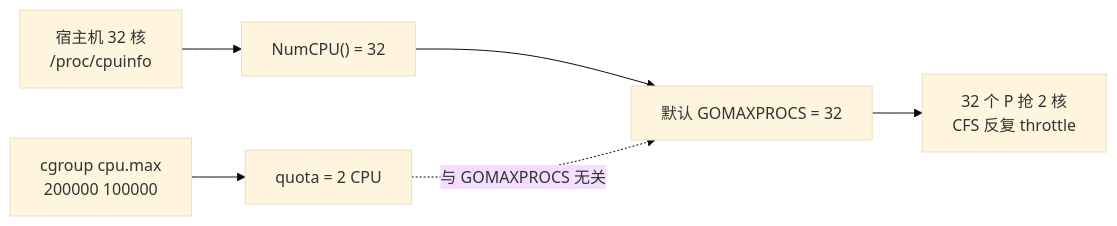
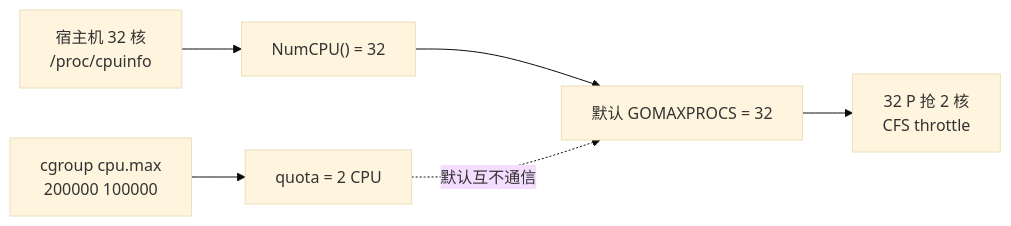
Before and after one commit to ml-cuizijun/LearnToLilith: the third of 6 diagrams in 05-开发能力/03-Go/12-GOMAXPROCS与容器cgroup/知识点.md, drawn with Mermaid (base theme). The commit also changed other lines of this file and 178 other files, not shown here.

````diff
--- a/05-开发能力/03-Go/12-GOMAXPROCS与容器cgroup/知识点.md
+++ b/05-开发能力/03-Go/12-GOMAXPROCS与容器cgroup/知识点.md
@@ -236,8 +248,8 @@
 ```mermaid
 flowchart LR
     HOST["宿主机 32 核<br/>/proc/cpuinfo"] --> NC["NumCPU() = 32"]
     NC --> DEF["默认 GOMAXPROCS = 32"]
     CG["cgroup cpu.max<br/>200000 100000"] --> QUOTA["quota = 2 CPU"]
-    QUOTA -.->|"与 GOMAXPROCS 无关"| DEF
-    DEF --> MISMATCH["32 个 P 抢 2 核<br/>CFS 反复 throttle"]
+    QUOTA -.->|"默认互不通信"| DEF
+    DEF --> MISMATCH["32 P 抢 2 核<br/>CFS throttle"]
 ```
````
